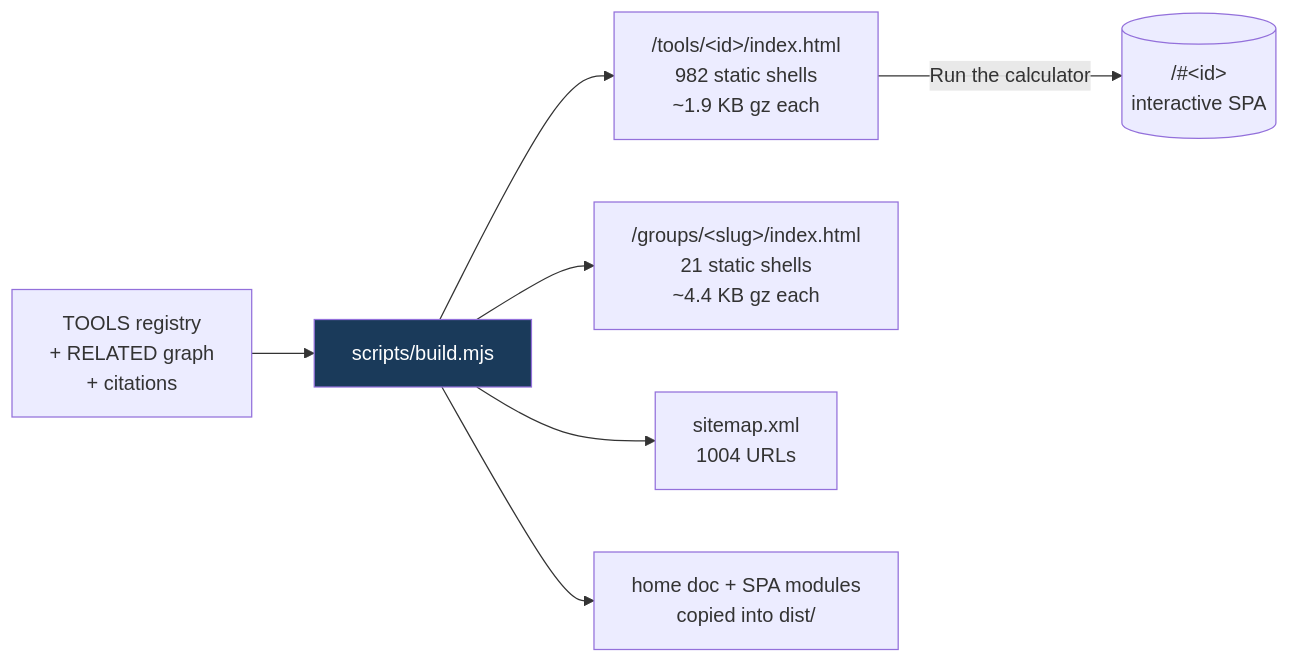
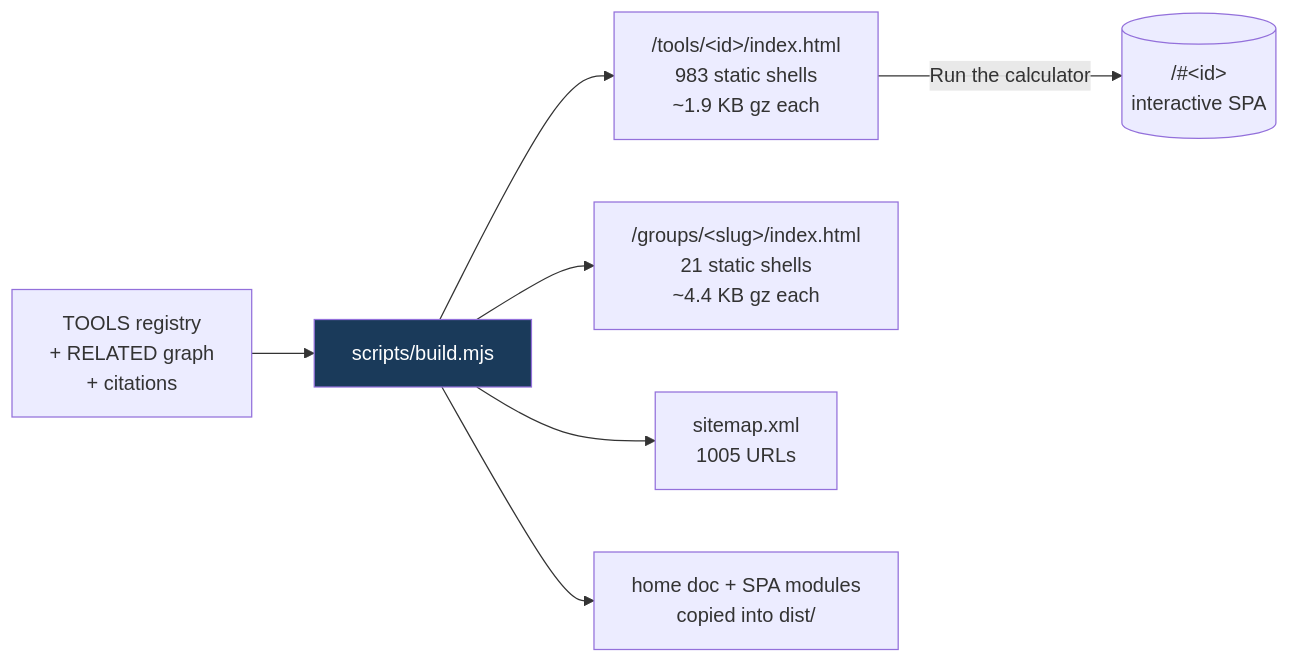
Before and after one commit to clay-good/roughlogic.com: the fifth of 8 diagrams in README.md, drawn with Mermaid. The commit also changed other lines of this file and 13 other files, not shown here.

````diff
--- a/README.md
+++ b/README.md
@@ -495,10 +495,10 @@
 ```mermaid
 flowchart LR
     SRC[TOOLS registry\n+ RELATED graph\n+ citations] --> BUILD[scripts/build.mjs]
-    BUILD --> TILE["/tools/&lt;id&gt;/index.html\n982 static shells\n~1.9 KB gz each"]
+    BUILD --> TILE["/tools/&lt;id&gt;/index.html\n983 static shells\n~1.9 KB gz each"]
     BUILD --> GROUP["/groups/&lt;slug&gt;/index.html\n21 static shells\n~4.4 KB gz each"]
-    BUILD --> MAP["sitemap.xml\n1004 URLs"]
+    BUILD --> MAP["sitemap.xml\n1005 URLs"]
     BUILD --> COPY[home doc + SPA modules\ncopied into dist/]
     TILE -->|Run the calculator| SPA[("/#&lt;id&gt;\ninteractive SPA")]
     style BUILD fill:#1a3a5a,color:#fff
 ```
````
